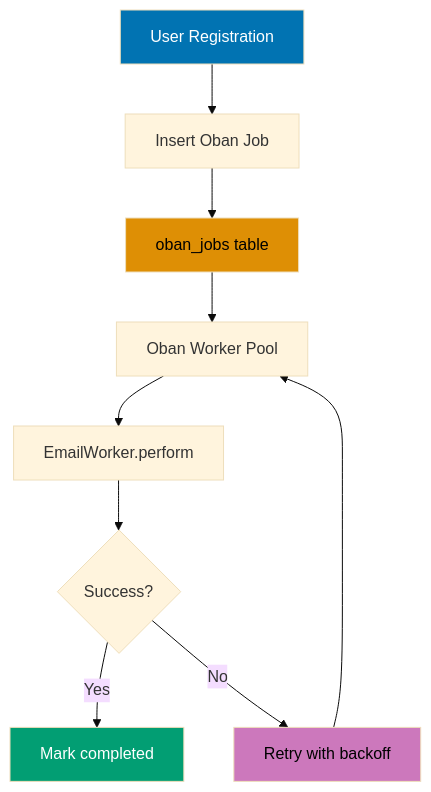
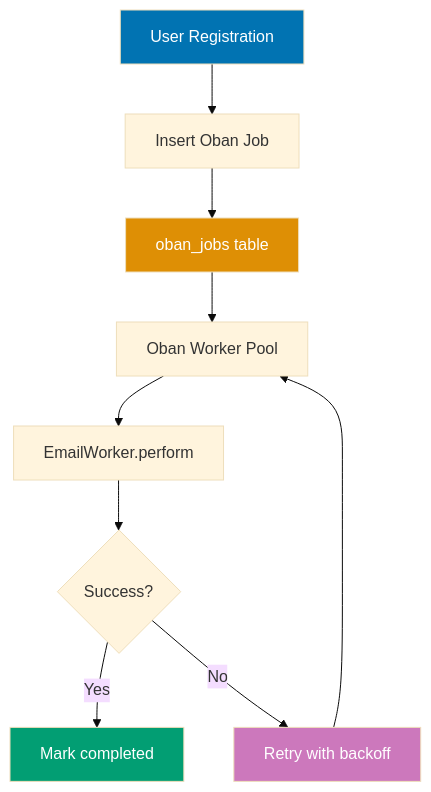
One commit to wahidyankf/open-sharia-enterprise changed the fifth of 10 diagrams in apps/ayokoding-web/content/en/learn/software-engineering/platform-web/tools/elixir-phoenix/by-example/advanced.md. Above: the diagram before and after it, drawn with Mermaid (base theme). The commit also changed other lines of this file and 61 other files, not shown here.

First line of the commit message:
fix(ayokoding-web): quote Mermaid node labels with special characters in Example 63

````diff
--- a/apps/ayokoding-web/content/en/learn/software-engineering/platform-web/tools/elixir-phoenix/by-example/advanced.md
+++ b/apps/ayokoding-web/content/en/learn/software-engineering/platform-web/tools/elixir-phoenix/by-example/advanced.md
@@ -708,17 +708,17 @@
 ```mermaid
 %% Oban job processing flow
 graph TD
     A[User Registration] --> B[Insert Oban Job]
     B --> C[oban_jobs table]
     C --> D[Oban Worker Pool]
     D --> E[EmailWorker.perform]
     E --> F{Success?}
     F -->|Yes| G[Mark completed]
     F -->|No| H[Retry with backoff]
     H --> D
 
     style A fill:#0173B2,color:#fff
-    style C fill:#DE8F05,color:#000
+    style C fill:#DE8F05,color:#fff
     style G fill:#029E73,color:#fff
-    style H fill:#CC78BC,color:#000
+    style H fill:#CC78BC,color:#fff
 ```
````
